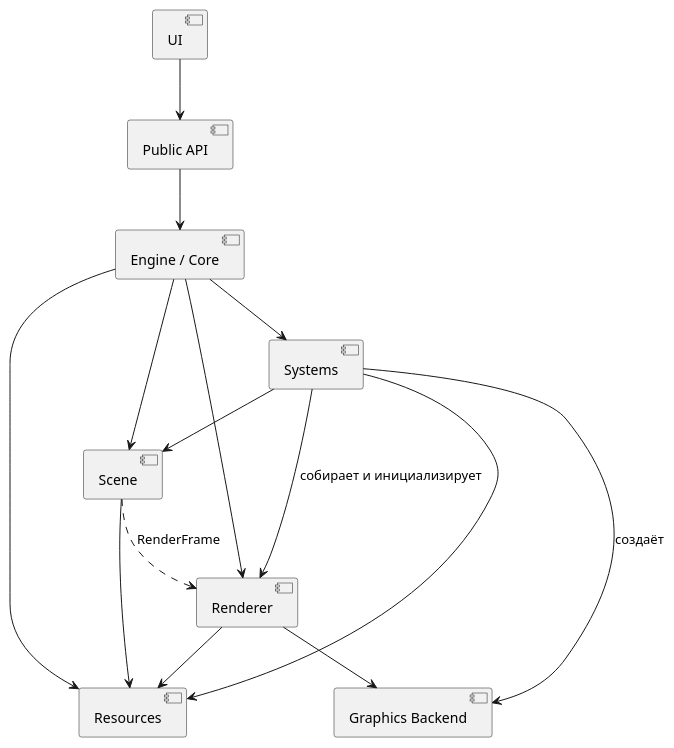
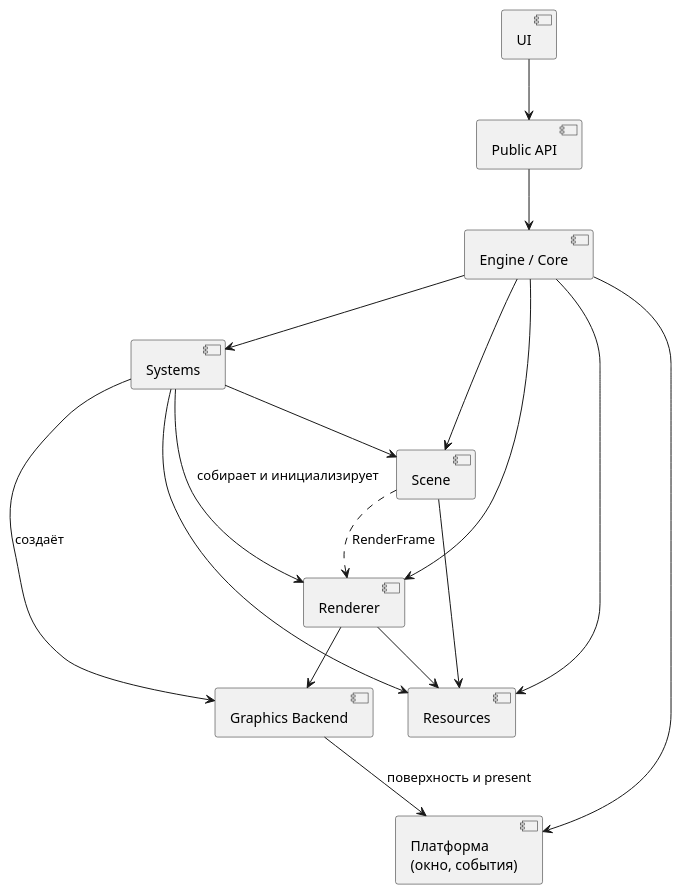
One commit to BFGEG/BFGE changed the fifth of 5 diagrams in docs/FREAK_Engine_Architecture.md. Above: the diagram before and after it, drawn with PlantUML. The commit also changed other lines of this file and 4 other files, not shown here.

````diff
--- a/docs/FREAK_Engine_Architecture.md
+++ b/docs/FREAK_Engine_Architecture.md
@@ -1279,37 +1304,40 @@
 ```plantuml
 @startuml
 
 component UI
 
 component "Public API" as API
 component "Engine / Core" as Core
 
 component "Scene" as Scene
 component "Systems" as Systems
 component "Resources" as Resources
 
 component "Renderer" as Renderer
 component "Graphics Backend" as Backend
+component "Платформа\n(окно, события)" as Platform
 
 UI --> API
 
 API --> Core
 
 Core --> Scene
 Core --> Systems
 Core --> Resources
 Core --> Renderer
+Core --> Platform
 
 Systems --> Scene
 Systems --> Resources
 Systems --> Renderer : собирает и инициализирует
 Systems --> Backend : создаёт
 
 Scene --> Resources
 Scene ..> Renderer : RenderFrame
 
 Renderer --> Resources
 Renderer --> Backend
+Backend --> Platform : поверхность и present
 
 @enduml
 ```
````
